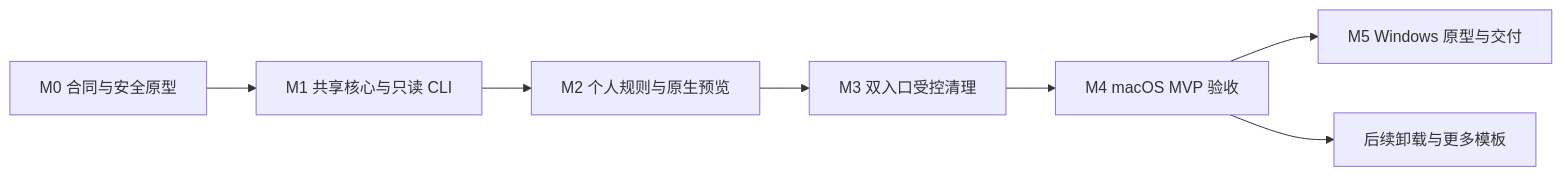
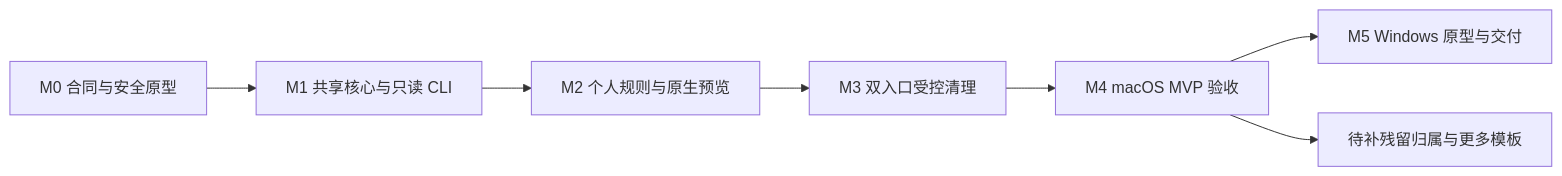
The diagram in docs/zh-CN/engineering/implementation-plan.md (limecloud/shou), drawn with Mermaid before and after one commit. The commit also changed other lines of this file and 59 other files, not shown here.

````diff
--- a/docs/zh-CN/engineering/implementation-plan.md
+++ b/docs/zh-CN/engineering/implementation-plan.md
@@ -35,9 +35,9 @@
 ```mermaid
 flowchart LR
     M0[M0 合同与安全原型] --> M1[M1 共享核心与只读 CLI]
     M1 --> M2[M2 个人规则与原生预览]
     M2 --> M3[M3 双入口受控清理]
     M3 --> M4[M4 macOS MVP 验收]
     M4 --> M5[M5 Windows 原型与交付]
-    M4 --> Later[后续卸载与更多模板]
+    M4 --> Later[待补残留归属与更多模板]
 ```
````
